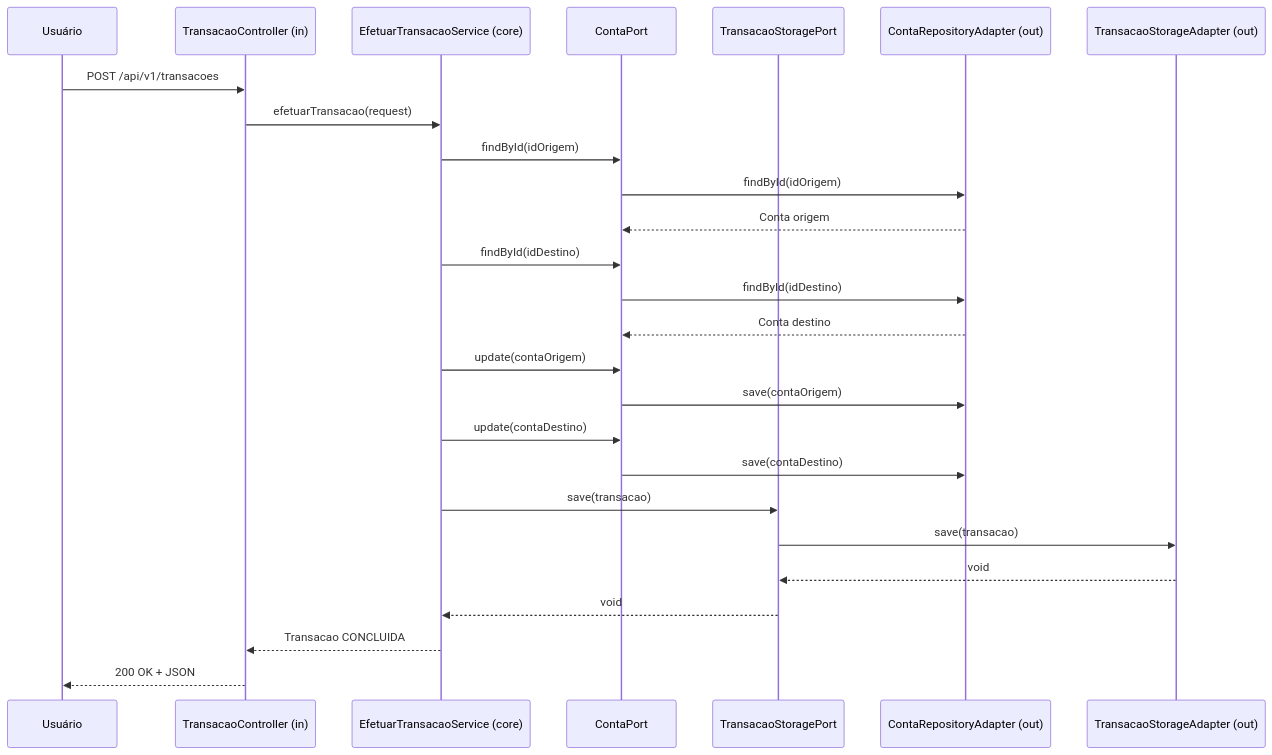
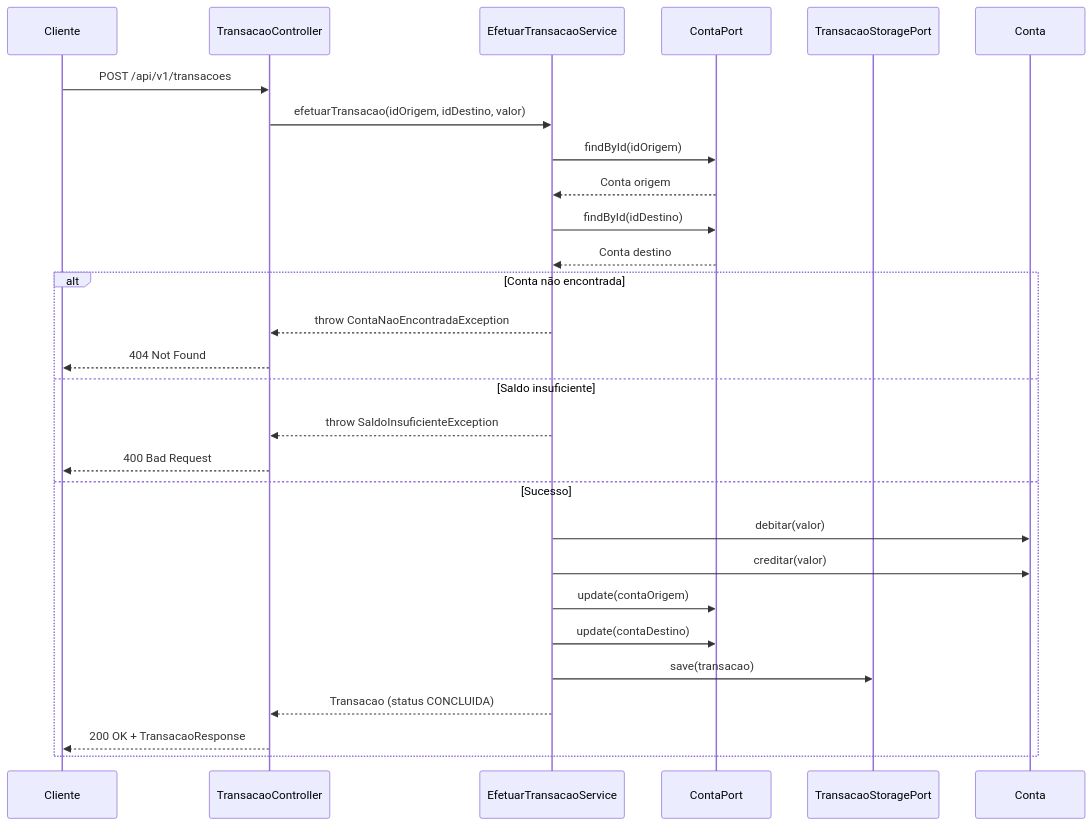
The diagram in readme.md (ianpolitavares/efetuar-transacao), drawn with Mermaid before and after one commit. The commit also changed 8 other files, not shown here.

````diff
--- a/readme.md
+++ b/readme.md
@@ -115,35 +115,37 @@
 ```mermaid
 sequenceDiagram
-    participant U as Usuário
-    participant C as TransacaoController (in)
-    participant S as EfetuarTransacaoService (core)
-    participant CP as ContaPort
-    participant TP as TransacaoStoragePort
-    participant CRA as ContaRepositoryAdapter (out)
-    participant TSA as TransacaoStorageAdapter (out)
+    participant Cliente
+    participant TransacaoController
+    participant EfetuarTransacaoService
+    participant ContaPort
+    participant TransacaoStoragePort
 
-    U->>C: POST /api/v1/transacoes
-    C->>S: efetuarTransacao(request)
+    Cliente->>TransacaoController: POST /api/v1/transacoes
+    TransacaoController->>EfetuarTransacaoService: efetuarTransacao(idOrigem, idDestino, valor)
 
-    S->>CP: findById(idOrigem)
-    CP->>CRA: findById(idOrigem)
-    CRA-->>CP: Conta origem
+    EfetuarTransacaoService->>ContaPort: findById(idOrigem)
+    ContaPort-->>EfetuarTransacaoService: Conta origem
 
-    S->>CP: findById(idDestino)
-    CP->>CRA: findById(idDestino)
-    CRA-->>CP: Conta destino
+    EfetuarTransacaoService->>ContaPort: findById(idDestino)
+    ContaPort-->>EfetuarTransacaoService: Conta destino
 
-    S->>CP: update(contaOrigem)
-    CP->>CRA: save(contaOrigem)
+    alt Conta não encontrada
+        EfetuarTransacaoService-->>TransacaoController: throw ContaNaoEncontradaException
+        TransacaoController-->>Cliente: 404 Not Found
+    else Saldo insuficiente
+        EfetuarTransacaoService-->>TransacaoController: throw SaldoInsuficienteException
+        TransacaoController-->>Cliente: 400 Bad Request
+    else Sucesso
+        EfetuarTransacaoService->>Conta: debitar(valor)
+        EfetuarTransacaoService->>Conta: creditar(valor)
 
-    S->>CP: update(contaDestino)
-    CP->>CRA: save(contaDestino)
+        EfetuarTransacaoService->>ContaPort: update(contaOrigem)
+        EfetuarTransacaoService->>ContaPort: update(contaDestino)
 
-    S->>TP: save(transacao)
-    TP->>TSA: save(transacao)
+        EfetuarTransacaoService->>TransacaoStoragePort: save(transacao)
 
-    TSA-->>TP: void
-    TP-->>S: void
-    S-->>C: Transacao CONCLUIDA
-    C-->>U: 200 OK + JSON
+        EfetuarTransacaoService-->>TransacaoController: Transacao (status CONCLUIDA)
+        TransacaoController-->>Cliente: 200 OK + TransacaoResponse
+    end
+
 ```
````
